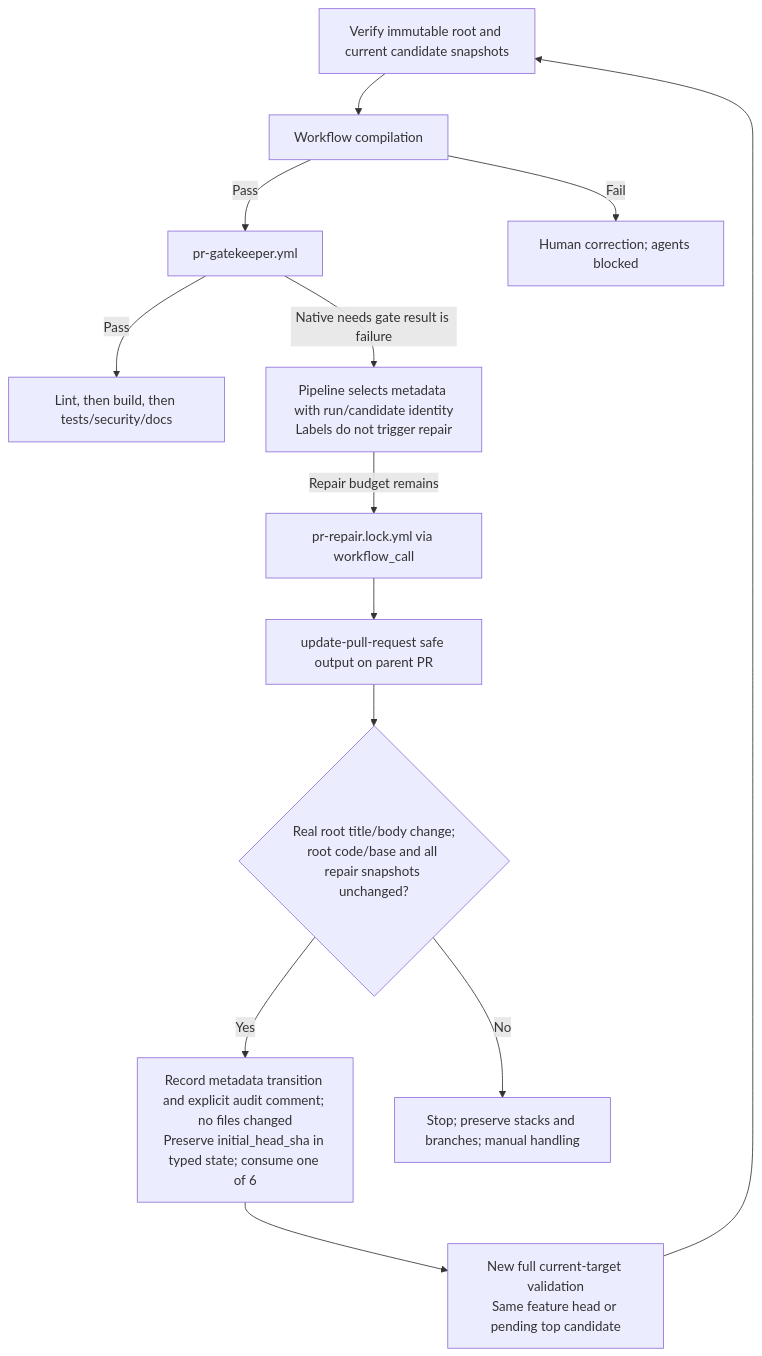
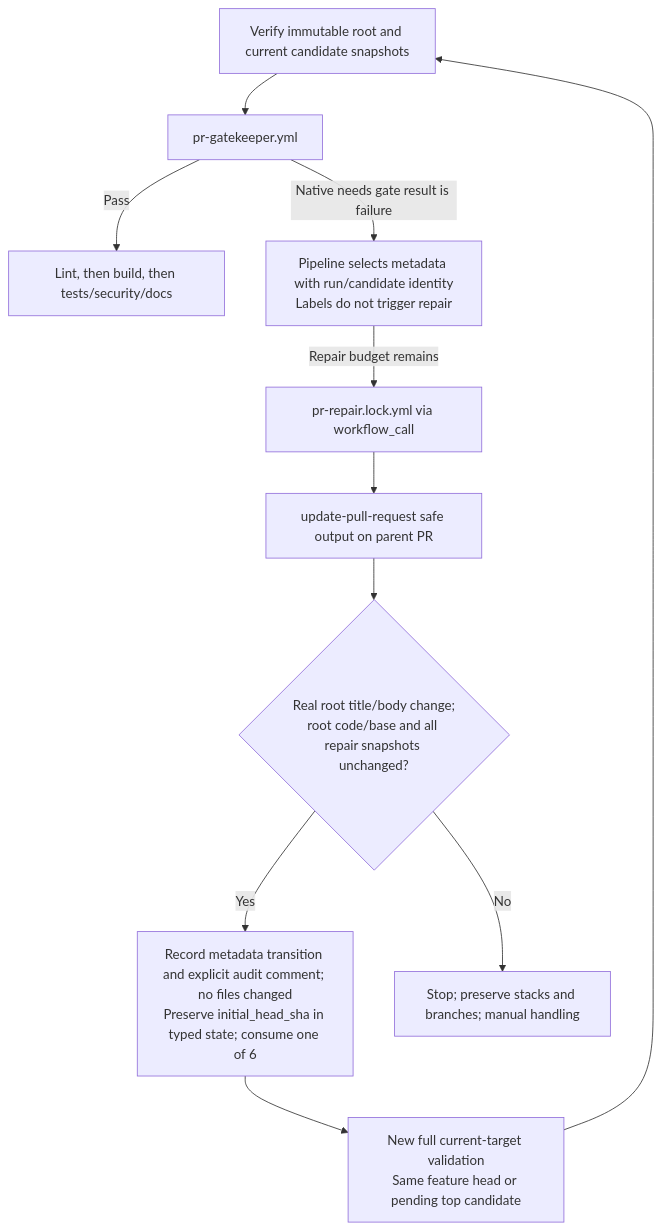
The diagram in docs/pr-gatekeeper-and-validation.md (SitoaderOrg/ForgeFlow), drawn with Mermaid before and after one commit. The commit also changed other lines of this file and 23 other files, not shown here.

````diff
--- a/docs/pr-gatekeeper-and-validation.md
+++ b/docs/pr-gatekeeper-and-validation.md
@@ -23,15 +23,13 @@
 ```mermaid
 flowchart TD
-    Context["Verify immutable root and current candidate snapshots"] --> Compile["Workflow compilation"]
-    Compile -->|Pass| Gate["pr-gatekeeper.yml"]
-    Compile -->|Fail| PolicyStop["Human correction; agents blocked"]
+    Context["Verify immutable root and current candidate snapshots"] --> Gate["pr-gatekeeper.yml"]
     Gate -->|Pass| Lint["Lint, then build, then tests/security/docs"]
     Gate -->|"Native needs gate result is failure"| Findings["Pipeline selects metadata with run/candidate identity<br/>Labels do not trigger repair"]
     Findings -->|"Repair budget remains"| Agent["pr-repair.lock.yml via workflow_call"]
     Agent --> Safe["update-pull-request safe output on parent PR"]
     Safe --> Progress{"Real root title/body change;<br/>root code/base and all repair snapshots unchanged?"}
     Progress -->|Yes| State["Record metadata transition and explicit audit comment; no files changed<br/>Preserve initial_head_sha in typed state; consume one of 6"]
     State --> Recheck["New full current-target validation<br/>Same feature head or pending top candidate"]
     Progress -->|No| Stop["Stop; preserve stacks and branches; manual handling"]
     Recheck --> Context
 ```
````
